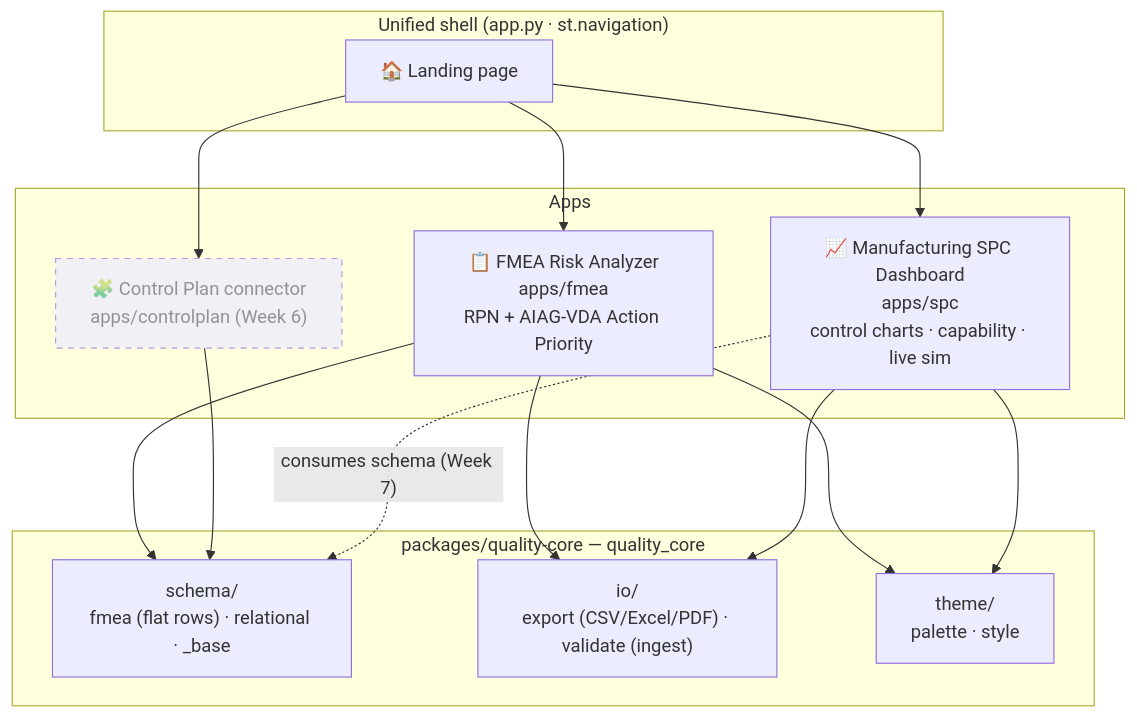
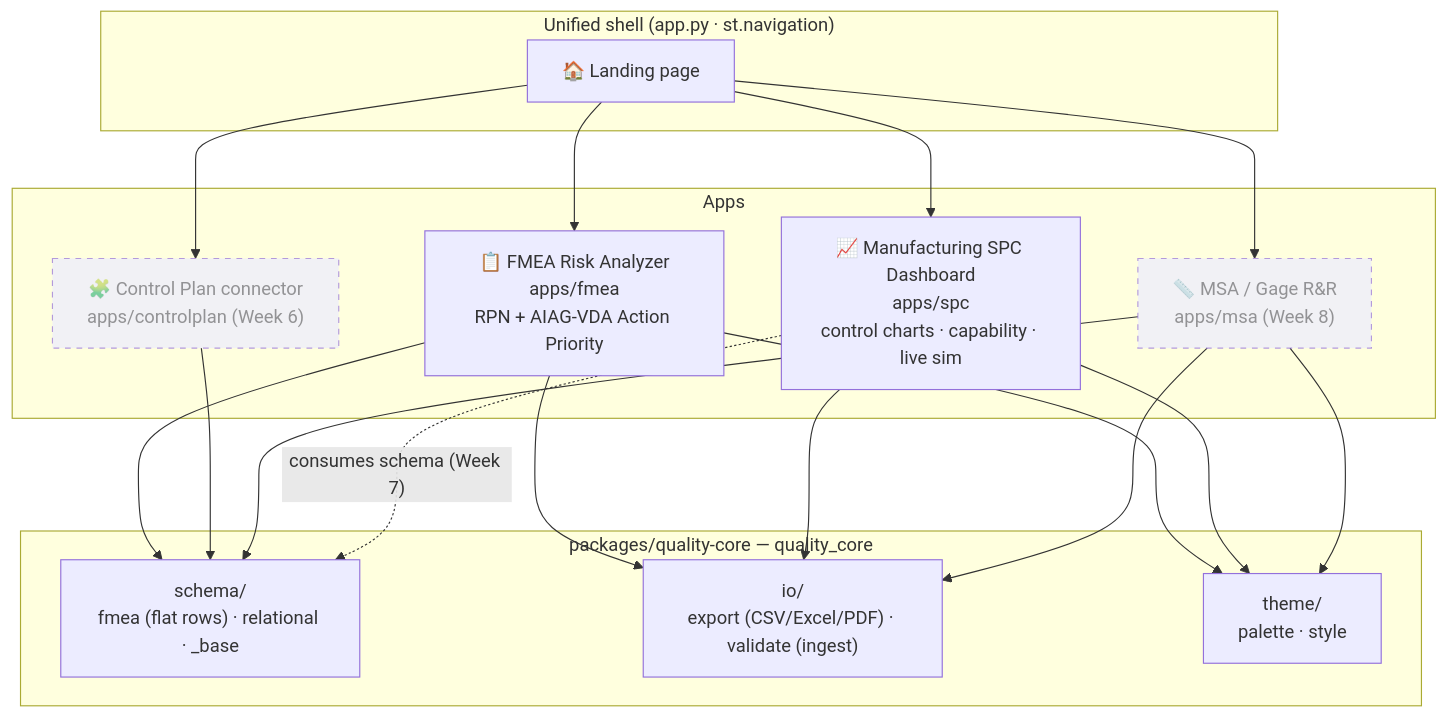
Before and after one commit to Siddardth7/quality-platform: the first of 3 diagrams in ROADMAP.md, drawn with Mermaid. The commit also changed other lines of this file, not shown here.

First line of the commit message:
docs(roadmap): reroute post-v0.5.0 — defer AI copilot, add MSA + SECOM (#74)

````diff
--- a/ROADMAP.md
+++ b/ROADMAP.md
@@ -86,26 +84,28 @@
 ```mermaid
 flowchart TB
     subgraph Shell["Unified shell (app.py · st.navigation)"]
         Home["🏠 Landing page"]
     end
 
     subgraph Apps["Apps"]
         FMEA["📋 FMEA Risk Analyzer<br/>apps/fmea<br/>RPN + AIAG-VDA Action Priority"]
         SPC["📈 Manufacturing SPC Dashboard<br/>apps/spc<br/>control charts · capability · live sim"]
         CP["🧩 Control Plan connector<br/>apps/controlplan (Week 6)"]:::planned
+        MSA["📏 MSA / Gage R&R<br/>apps/msa (Week 8)"]:::planned
     end
 
     subgraph Core["packages/quality-core — quality_core"]
         Schema["schema/<br/>fmea (flat rows) · relational · _base"]
         IO["io/<br/>export (CSV/Excel/PDF) · validate (ingest)"]
         Theme["theme/<br/>palette · style"]
     end
 
-    Home --> FMEA & SPC & CP
+    Home --> FMEA & SPC & CP & MSA
     FMEA --> Schema & IO & Theme
     SPC  --> IO & Theme
     CP   --> Schema
+    MSA  --> Schema & IO & Theme
     SPC  -.consumes schema (Week 7).-> Schema
 
     classDef planned stroke-dasharray: 5 5,opacity:0.7;
 ```
````
